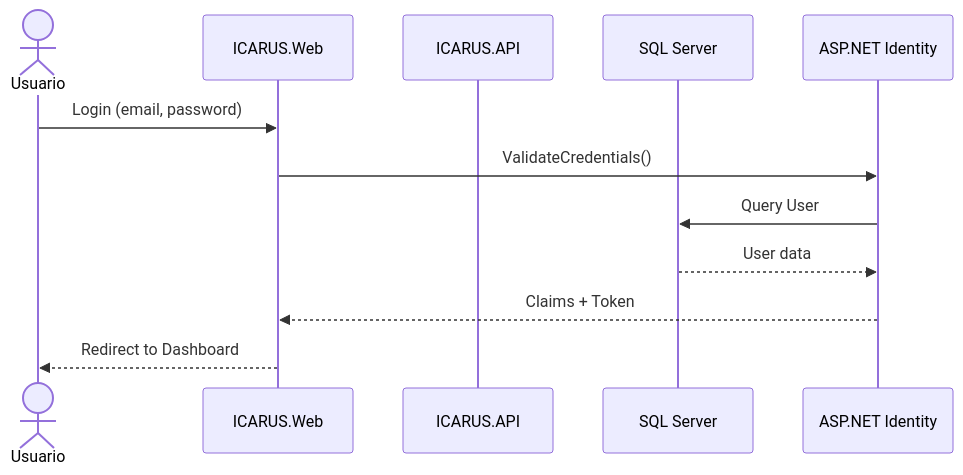
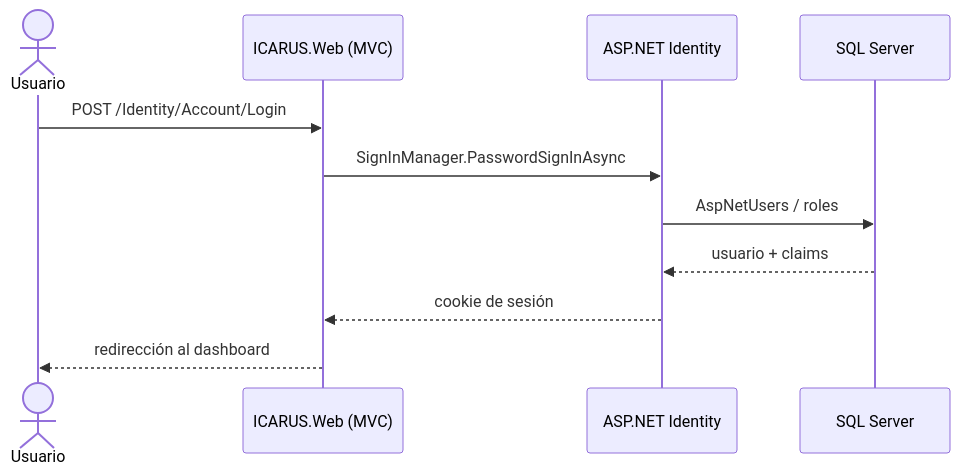
One commit to luicahleo/DocumentacionProyectos changed the first of 4 diagrams in ICARUS/diagramas/secuencia.md. Above: the diagram before and after it, drawn with Mermaid. The commit also changed other lines of this file and 52 other files, not shown here.

````diff
--- a/ICARUS/diagramas/secuencia.md
+++ b/ICARUS/diagramas/secuencia.md
@@ -5,15 +10,14 @@
 ```mermaid
 sequenceDiagram
     actor Usuario
-    participant Web as ICARUS.Web
-    participant API as ICARUS.API
+    participant Web as ICARUS.Web (MVC)
+    participant Id as ASP.NET Identity
     participant DB as SQL Server
-    participant Identity as ASP.NET Identity
-    
-    Usuario->>Web: Login (email, password)
-    Web->>Identity: ValidateCredentials()
-    Identity->>DB: Query User
-    DB-->>Identity: User data
-    Identity-->>Web: Claims + Token
-    Web-->>Usuario: Redirect to Dashboard
+
+    Usuario->>Web: POST /Identity/Account/Login
+    Web->>Id: SignInManager.PasswordSignInAsync
+    Id->>DB: AspNetUsers / roles
+    DB-->>Id: usuario + claims
+    Id-->>Web: cookie de sesión
+    Web-->>Usuario: redirección al dashboard
 ```
````
